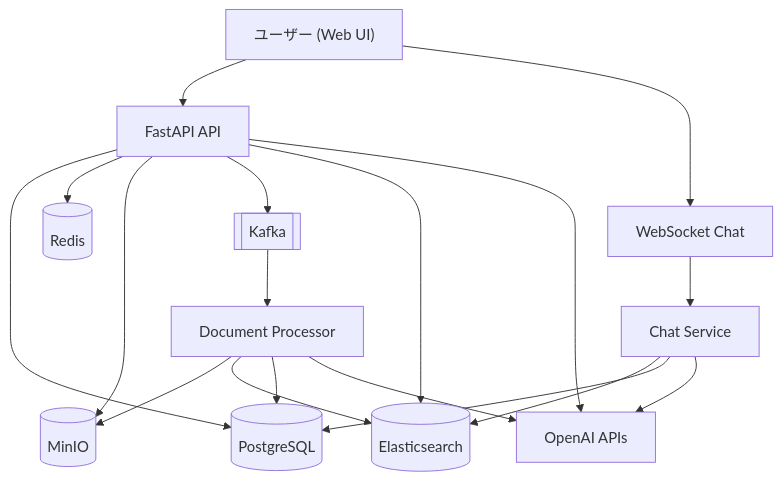
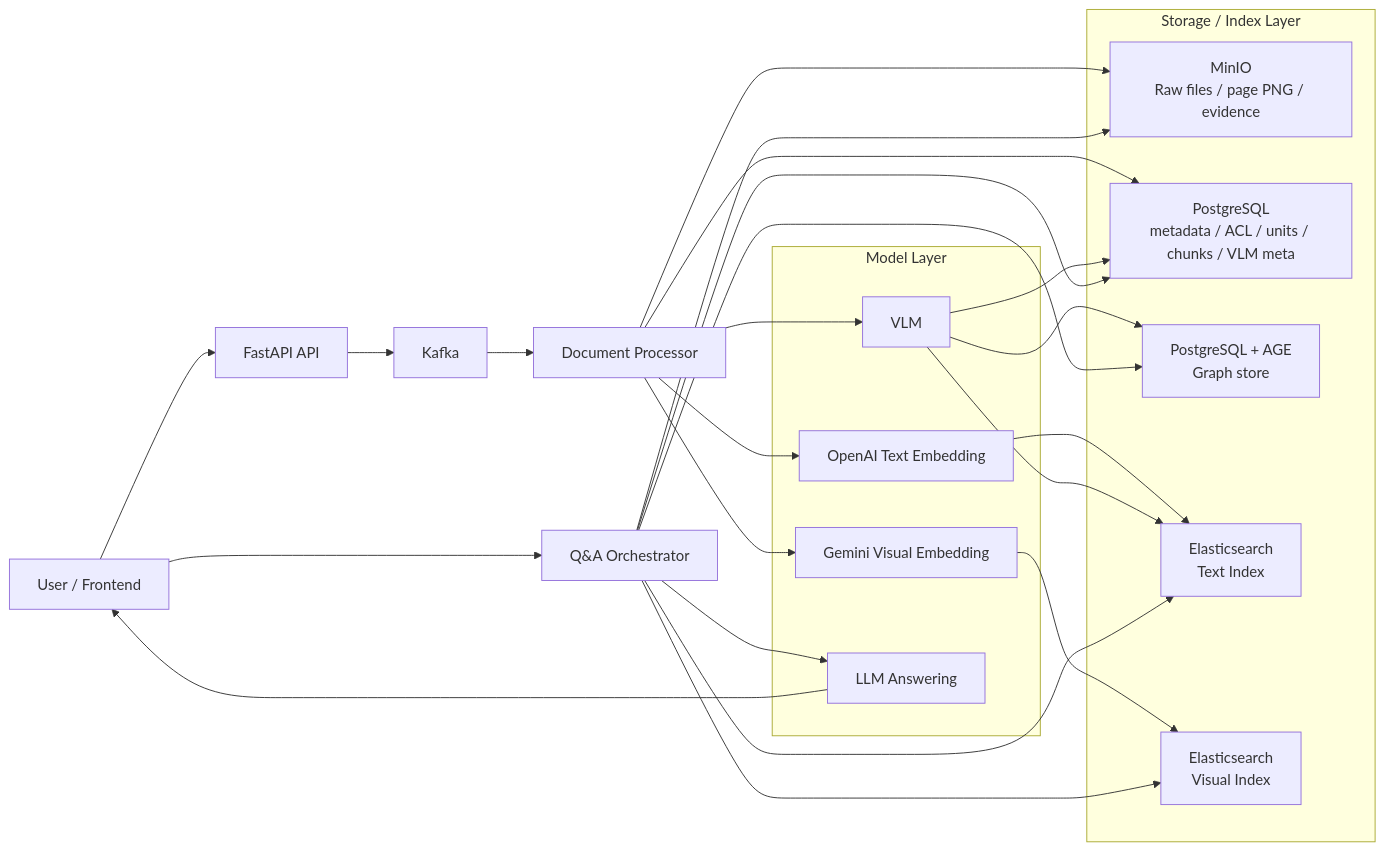
Before and after one commit to tiand23/AIKnowledgeBaseNew: the first of 3 diagrams in README.md, drawn with Mermaid. The commit also changed other lines of this file and 2 other files, not shown here.

First line of the commit message:
Add dual retrieval architecture with visual embeddings and PostgreSQL AGE graph backend

````diff
--- a/README.md
+++ b/README.md
@@ -26,22 +33,48 @@
 ```mermaid
-flowchart TD
-    U["ユーザー (Web UI)"] --> API["FastAPI API"]
-    U --> WS["WebSocket Chat"]
-    API --> DB[(PostgreSQL)]
-    API --> Redis[(Redis)]
-    API --> MinIO[(MinIO)]
-    API --> Kafka[[Kafka]]
-    API --> ES[(Elasticsearch)]
-    API --> OpenAI["OpenAI APIs"]
+flowchart LR
+    U["User / Frontend"]
+    API["FastAPI API"]
+    K["Kafka"]
+    DP["Document Processor"]
+    QA["Q&A Orchestrator"]
 
-    Kafka --> Proc["Document Processor"]
-    Proc --> MinIO
-    Proc --> ES
-    Proc --> DB
-    Proc --> OpenAI
+    subgraph STORE["Storage / Index Layer"]
+        OBJ["MinIO\nRaw files / page PNG / evidence"]
+        PG["PostgreSQL\nmetadata / ACL / units / chunks / VLM meta"]
+        AGE["PostgreSQL + AGE\nGraph store"]
+        ES_T["Elasticsearch\nText Index"]
+        ES_V["Elasticsearch\nVisual Index"]
+    end
 
-    WS --> Chat["Chat Service"]
-    Chat --> ES
-    Chat --> DB
-    Chat --> OpenAI
+    subgraph MODEL["Model Layer"]
+        TXT_EMB["OpenAI Text Embedding"]
+        VIS_EMB["Gemini Visual Embedding"]
+        VLM["VLM"]
+        LLM["LLM Answering"]
+    end
+
+    U --> API
+    API --> K
+    K --> DP
+
+    DP --> OBJ
+    DP --> PG
+    DP --> TXT_EMB
+    DP --> VIS_EMB
+    DP --> VLM
+
+    TXT_EMB --> ES_T
+    VIS_EMB --> ES_V
+    VLM --> PG
+    VLM --> AGE
+    VLM --> ES_T
+
+    U --> QA
+    QA --> ES_T
+    QA --> ES_V
+    QA --> AGE
+    QA --> PG
+    QA --> OBJ
+    QA --> LLM
+    LLM --> U
 ```
````
